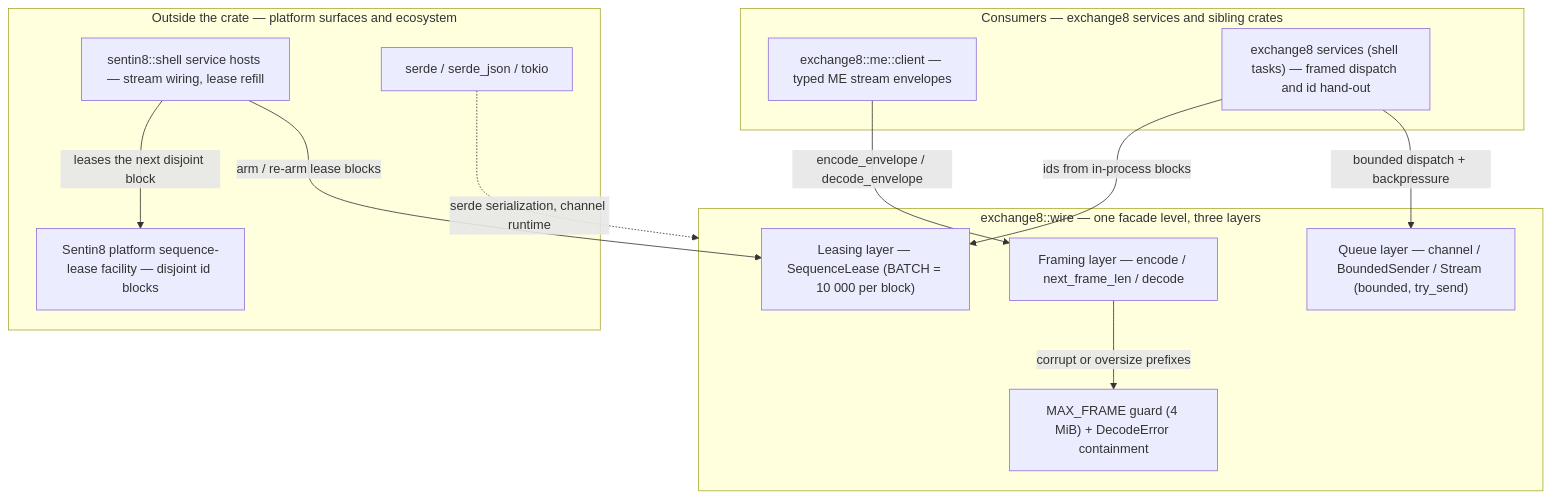
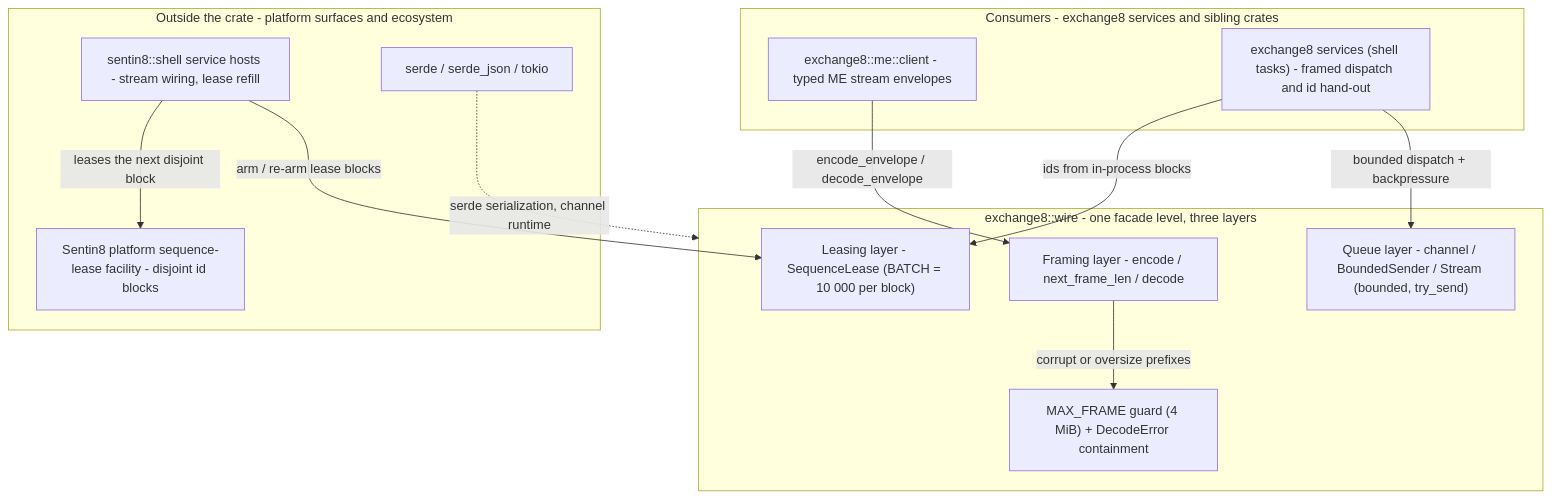
The diagram in crates/wire/README.md (Exchange8-dev/exchange8-sdk), drawn with Mermaid before and after one commit. The commit also changed other lines of this file and 60 other files, not shown here.

````diff
--- a/crates/wire/README.md
+++ b/crates/wire/README.md
@@ -54,28 +54,28 @@
 ```mermaid
 graph TD
-    subgraph Consumers["Consumers — exchange8 services and sibling crates"]
-        MEC["exchange8::me::client — typed ME stream envelopes"]
-        SVCS["exchange8 services (shell tasks) — framed dispatch and id hand-out"]
+    subgraph Consumers["Consumers - exchange8 services and sibling crates"]
+        MEC["exchange8::me::client - typed ME stream envelopes"]
+        SVCS["exchange8 services (shell tasks) - framed dispatch and id hand-out"]
     end
 
-    subgraph CRATE["exchange8::wire — one facade level, three layers"]
-        FRAMING["Framing layer — encode / next_frame_len / decode"]
+    subgraph CRATE["exchange8::wire - one facade level, three layers"]
+        FRAMING["Framing layer - encode / next_frame_len / decode"]
         GUARD["MAX_FRAME guard (4 MiB) + DecodeError containment"]
-        QUEUE["Queue layer — channel / BoundedSender / Stream (bounded, try_send)"]
-        LEASE["Leasing layer — SequenceLease (BATCH = 10 000 per block)"]
+        QUEUE["Queue layer - channel / BoundedSender / Stream (bounded, try_send)"]
+        LEASE["Leasing layer - SequenceLease (BATCH = 10 000 per block)"]
     end
 
-    subgraph OUTSIDE["Outside the crate — platform surfaces and ecosystem"]
-        SHELL["sentin8::shell service hosts — stream wiring, lease refill"]
-        PLAT["Sentin8 platform sequence-lease facility — disjoint id blocks"]
+    subgraph OUTSIDE["Outside the crate - platform surfaces and ecosystem"]
+        SHELL["sentin8::shell service hosts - stream wiring, lease refill"]
+        PLAT["Sentin8 platform sequence-lease facility - disjoint id blocks"]
         ECO["serde / serde_json / tokio"]
     end
 
     MEC -- "encode_envelope / decode_envelope" --> FRAMING
     SVCS -- "bounded dispatch + backpressure" --> QUEUE
     SVCS -- "ids from in-process blocks" --> LEASE
     SHELL -- "arm / re-arm lease blocks" --> LEASE
     SHELL -- "leases the next disjoint block" --> PLAT
     FRAMING -- "corrupt or oversize prefixes" --> GUARD
     ECO -. "serde serialization, channel runtime" .-> CRATE
 ```
````
